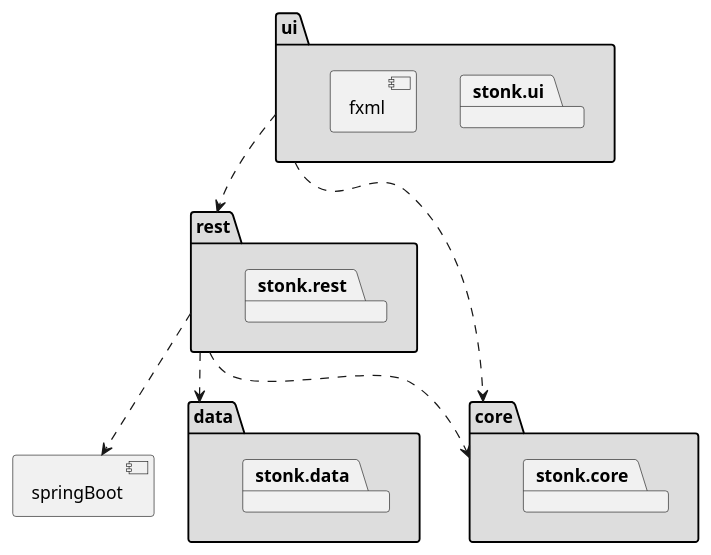
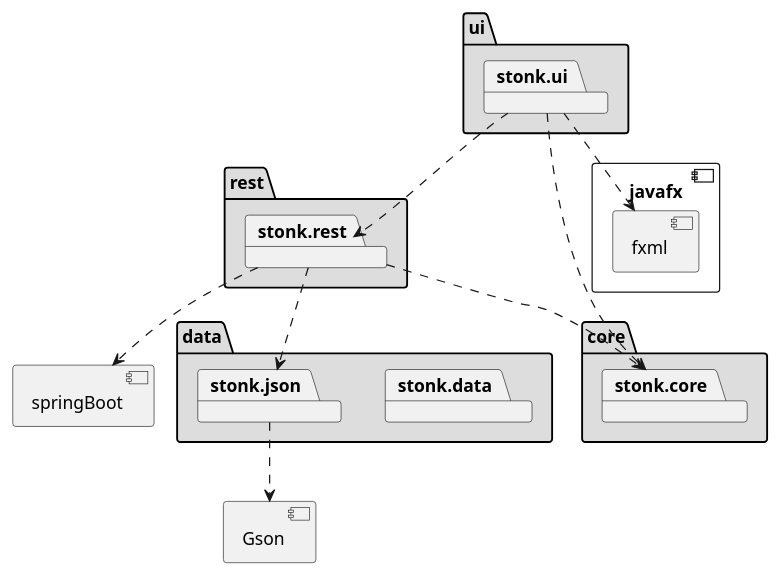
The diagram in docs/diagramsUML/package.wsd (Camtrup/StonkApp), drawn with PlantUML before and after one commit. The commit also changed 2 other files, not shown here.

Commit message:
documentation: updated package diagram

```diff
--- a/docs/diagramsUML/package.wsd
+++ b/docs/diagramsUML/package.wsd
@@ -1,35 +1,42 @@
 @startuml
 
 package "rest" #DDDDDD {
   package stonk.rest 
 }
 package "ui" #DDDDDD {
-  package stonk.ui 
-  component fxml
-
+  package stonk.ui
 }
 package "core" #DDDDDD {
   package stonk.core 
 }
 package "data" #DDDDDD {
   package stonk.data 
+  package stonk.json 
 }
+
+component javafx{
+  component fxml
+}
+
+component Gson
 
 component springBoot
 
 
-rest ..> springBoot
-rest ..> core 
-rest ..> data
-ui ..> rest
-ui ..> core   
+stonk.rest ..> springBoot
+stonk.rest ..> stonk.core 
+stonk.rest ..> stonk.json
+stonk.ui ..> stonk.rest
+stonk.ui ..> fxml
+stonk.ui ..> stonk.core   
+stonk.json ..>Gson
 
 
 /' 
 node1 -- node2 : label1
 node1 .. node3 : label2
 node1 ~~ node4 : label3
 node1 == node5
 '/
 
 @enduml
```
